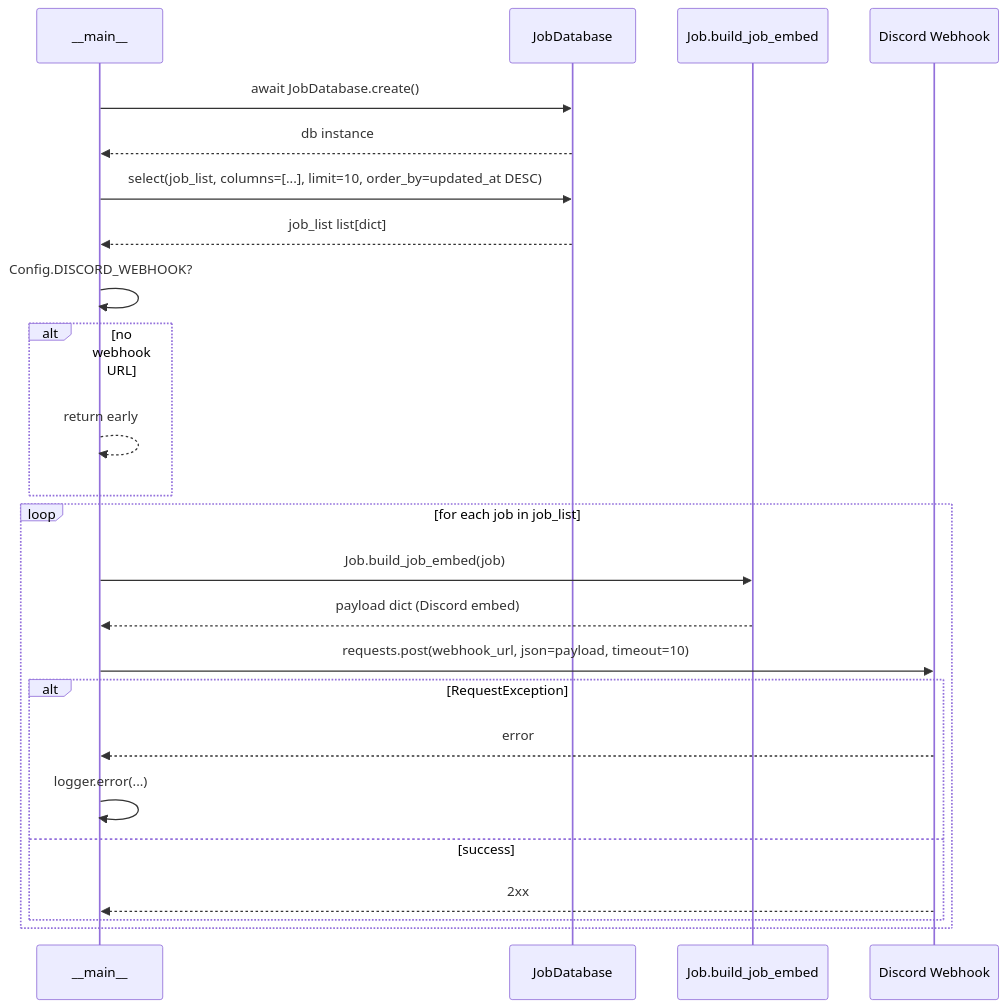
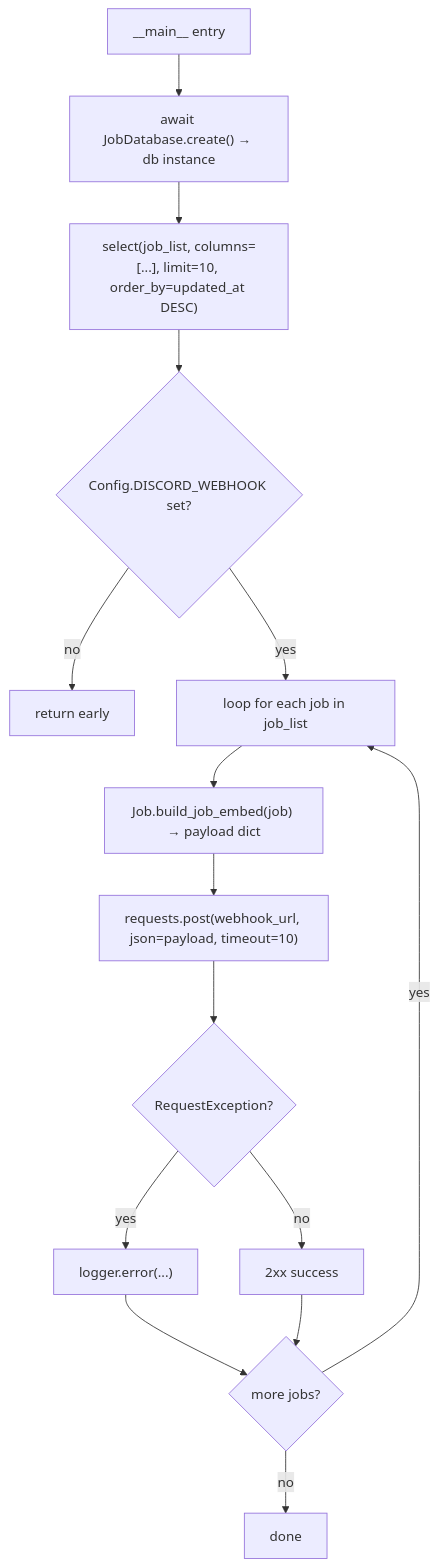
The diagram in docs/diagrams/enrich_seq.md (AustinDwomoh/libra), drawn with Mermaid before and after one commit. The commit also changed 17 other files, not shown here.

First line of the commit message:
Convert Mermaid sequences to flowcharts

````diff
--- a/docs/diagrams/enrich_seq.md
+++ b/docs/diagrams/enrich_seq.md
@@ -1,33 +1,18 @@
 ```mermaid
-%% sequenceDiagram — Tasks/enrich.py main() (DB fetch → Discord embed post)
-sequenceDiagram
-    participant Entry as __main__
-    participant DB as JobDatabase
-    participant Job as Job.build_job_embed
-    participant Discord as Discord Webhook
-
-    Entry->>DB: await JobDatabase.create()
-    DB-->>Entry: db instance
-
-    Entry->>DB: select(job_list, columns=[...], limit=10, order_by=updated_at DESC)
-    DB-->>Entry: job_list list[dict]
-
-    Entry->>Entry: Config.DISCORD_WEBHOOK?
-    alt no webhook URL
-        Entry-->>Entry: return early
-    end
-
-    loop for each job in job_list
-        Entry->>Job: Job.build_job_embed(job)
-        Job-->>Entry: payload dict (Discord embed)
-
-        Entry->>Discord: requests.post(webhook_url, json=payload, timeout=10)
-        alt RequestException
-            Discord-->>Entry: error
-            Entry->>Entry: logger.error(...)
-        else success
-            Discord-->>Entry: 2xx
-        end
-    end
-
+%% flowchart — Tasks/enrich.py main() (DB fetch → Discord embed post)
+flowchart TD
+    A["__main__ entry"] --> B["await JobDatabase.create() → db instance"]
+    B --> C["select(job_list, columns=[...], limit=10, order_by=updated_at DESC)"]
+    C --> D{Config.DISCORD_WEBHOOK set?}
+    D -->|no| Z[return early]
+    D -->|yes| E[loop for each job in job_list]
+    E --> F["Job.build_job_embed(job) → payload dict"]
+    F --> G["requests.post(webhook_url, json=payload, timeout=10)"]
+    G --> H{RequestException?}
+    H -->|yes| I["logger.error(...)"]
+    H -->|no| J[2xx success]
+    I --> K{more jobs?}
+    J --> K
+    K -->|yes| E
+    K -->|no| L[done]
 ```
````
